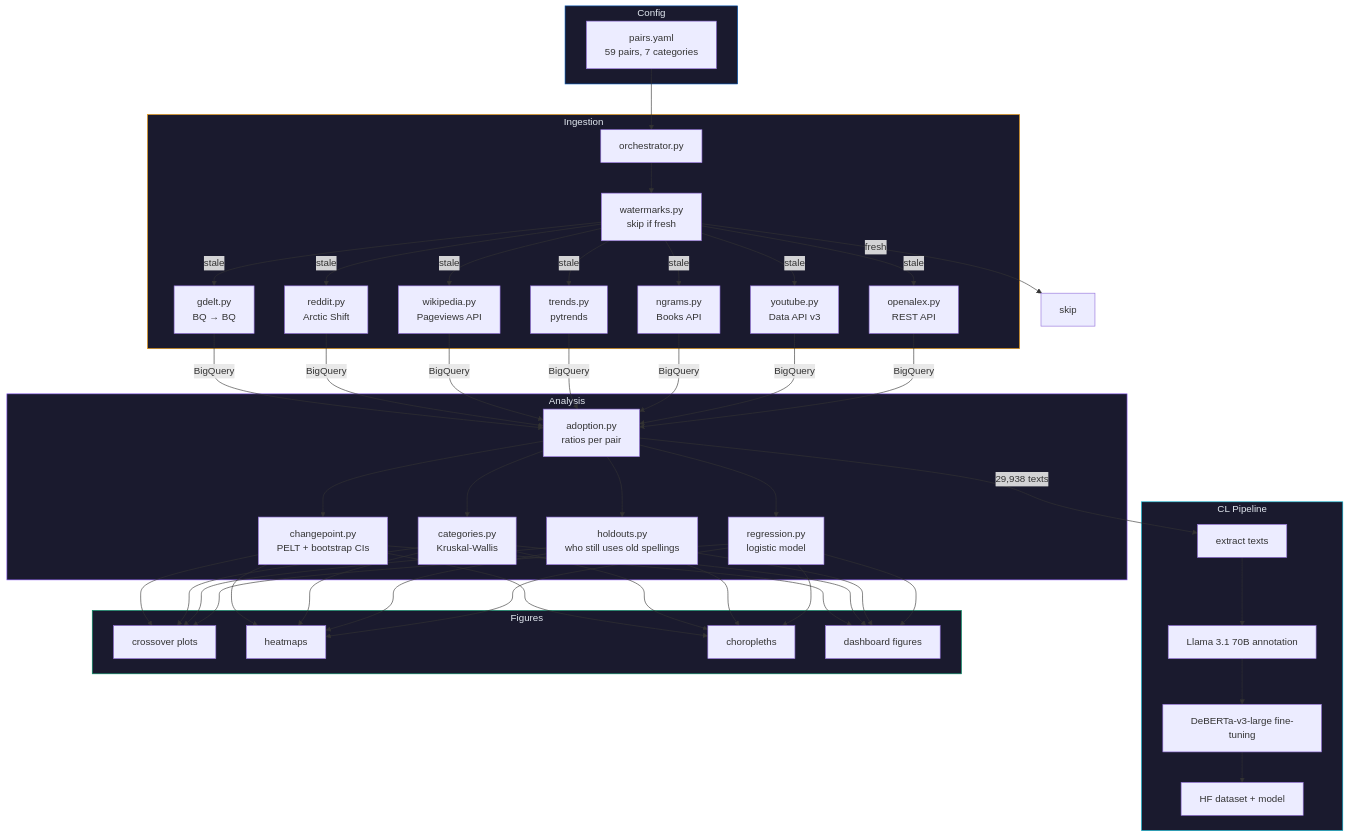
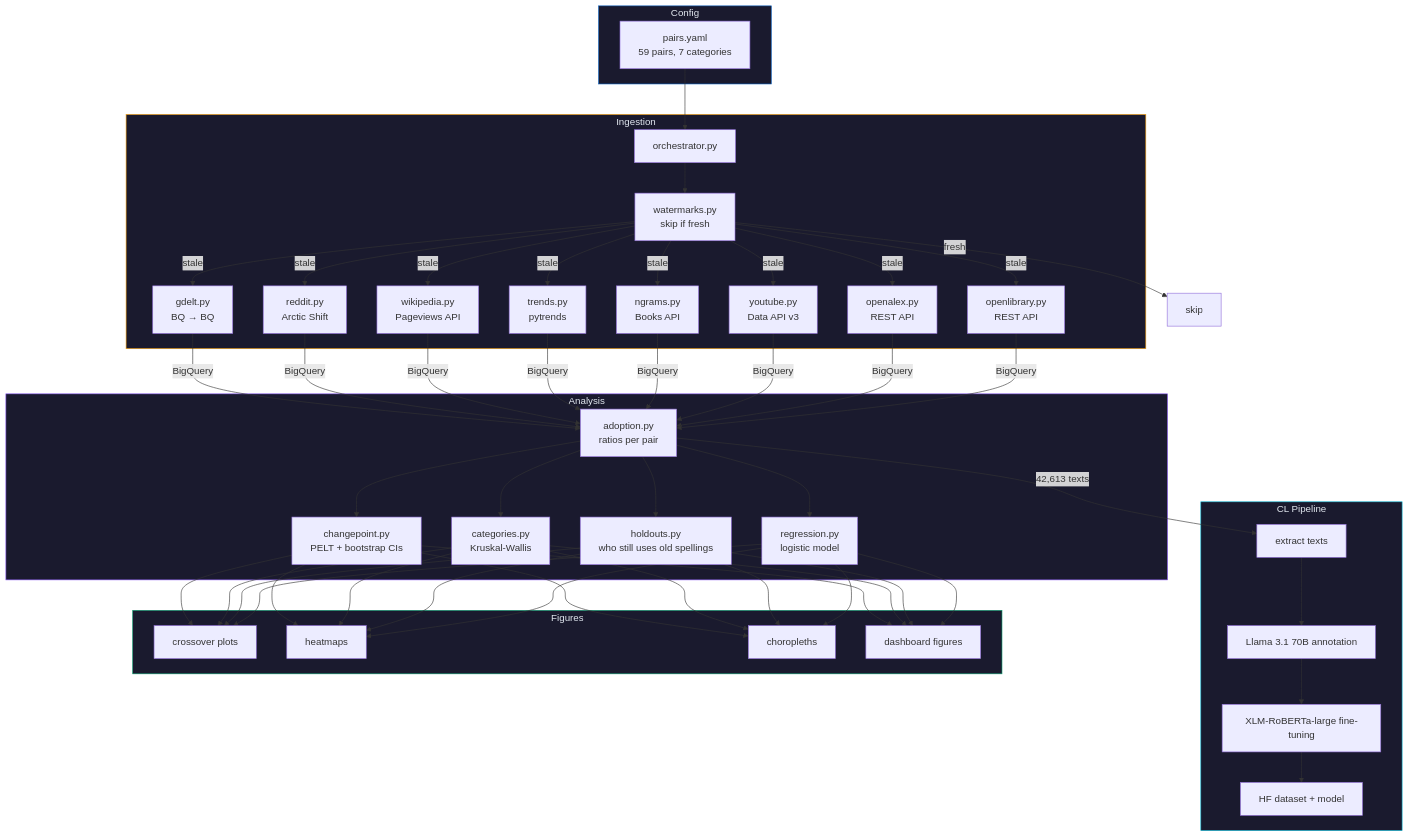
The diagram in pipeline/README.md (IvanDobrovolsky/kyivnotkiev), drawn with Mermaid before and after one commit. The commit also changed other lines of this file and 9 other files, not shown here.

````diff
--- a/pipeline/README.md
+++ b/pipeline/README.md
@@ -7,54 +7,55 @@
 ```mermaid
 flowchart TD
     subgraph Config
         style Config fill:#1a1a2e,stroke:#0057B8,color:#e2e8f0
         pairs["pairs.yaml<br/>59 pairs, 7 categories"]
     end
 
     subgraph Ingestion
         style Ingestion fill:#1a1a2e,stroke:#f59e0b,color:#e2e8f0
         orch["orchestrator.py"]
         wm["watermarks.py<br/>skip if fresh"]
         gdelt["gdelt.py<br/>BQ → BQ"]
         reddit["reddit.py<br/>Arctic Shift"]
         wiki["wikipedia.py<br/>Pageviews API"]
         trends["trends.py<br/>pytrends"]
         ngrams["ngrams.py<br/>Books API"]
         yt["youtube.py<br/>Data API v3"]
         oa["openalex.py<br/>REST API"]
+        ol["openlibrary.py<br/>REST API"]
     end
 
     subgraph Analysis
         style Analysis fill:#1a1a2e,stroke:#8b5cf6,color:#e2e8f0
         adopt["adoption.py<br/>ratios per pair"]
         cp["changepoint.py<br/>PELT + bootstrap CIs"]
         cat["categories.py<br/>Kruskal-Wallis"]
         hold["holdouts.py<br/>who still uses old spellings"]
         reg["regression.py<br/>logistic model"]
     end
 
     subgraph CL["CL Pipeline"]
         style CL fill:#1a1a2e,stroke:#06b6d4,color:#e2e8f0
         extract["extract texts"]
         annotate["Llama 3.1 70B annotation"]
-        finetune["DeBERTa-v3-large fine-tuning"]
+        finetune["XLM-RoBERTa-large fine-tuning"]
         export["HF dataset + model"]
     end
 
     subgraph Figures
         style Figures fill:#1a1a2e,stroke:#059669,color:#e2e8f0
         cross["crossover plots"]
         heat["heatmaps"]
         choro["choropleths"]
         modern["dashboard figures"]
     end
 
     pairs --> orch
     orch --> wm
-    wm -->|stale| gdelt & reddit & wiki & trends & ngrams & yt & oa
+    wm -->|stale| gdelt & reddit & wiki & trends & ngrams & yt & oa & ol
     wm -->|fresh| skip["skip"]
-    gdelt & reddit & wiki & trends & ngrams & yt & oa -->|BigQuery| adopt
+    gdelt & reddit & wiki & trends & ngrams & yt & oa & ol -->|BigQuery| adopt
     adopt --> cp & cat & hold & reg
-    adopt -->|29,938 texts| extract --> annotate --> finetune --> export
+    adopt -->|42,613 texts| extract --> annotate --> finetune --> export
     cp & cat & hold & reg --> cross & heat & choro & modern
 ```
````
